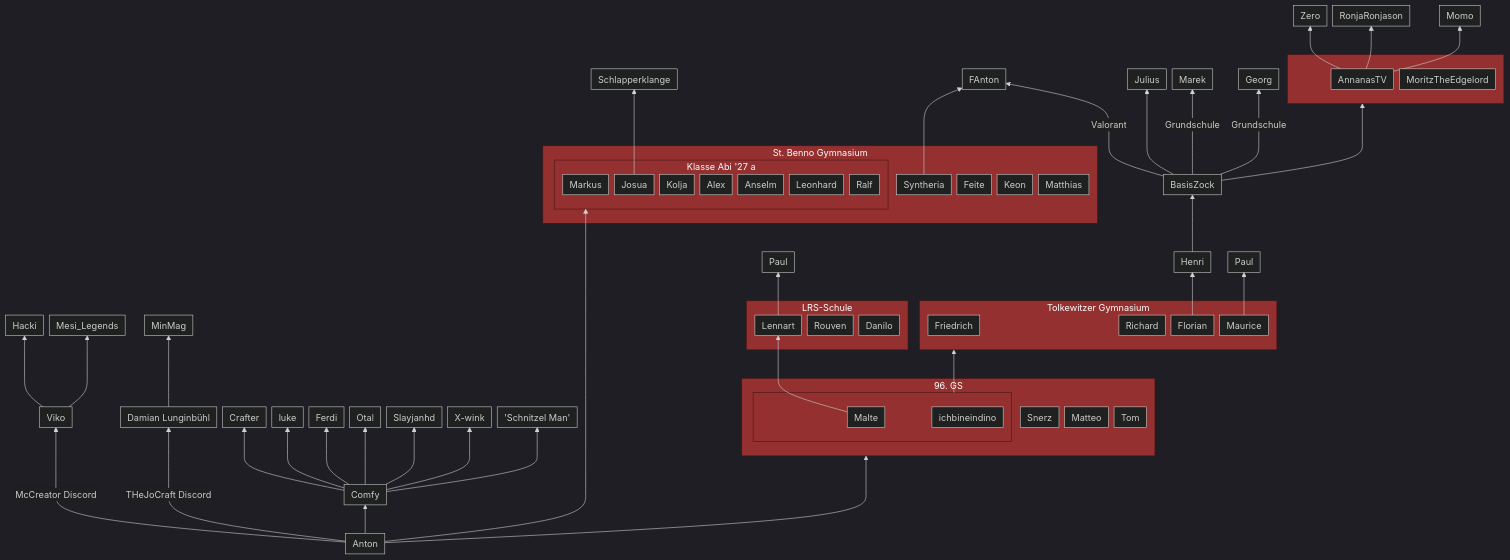
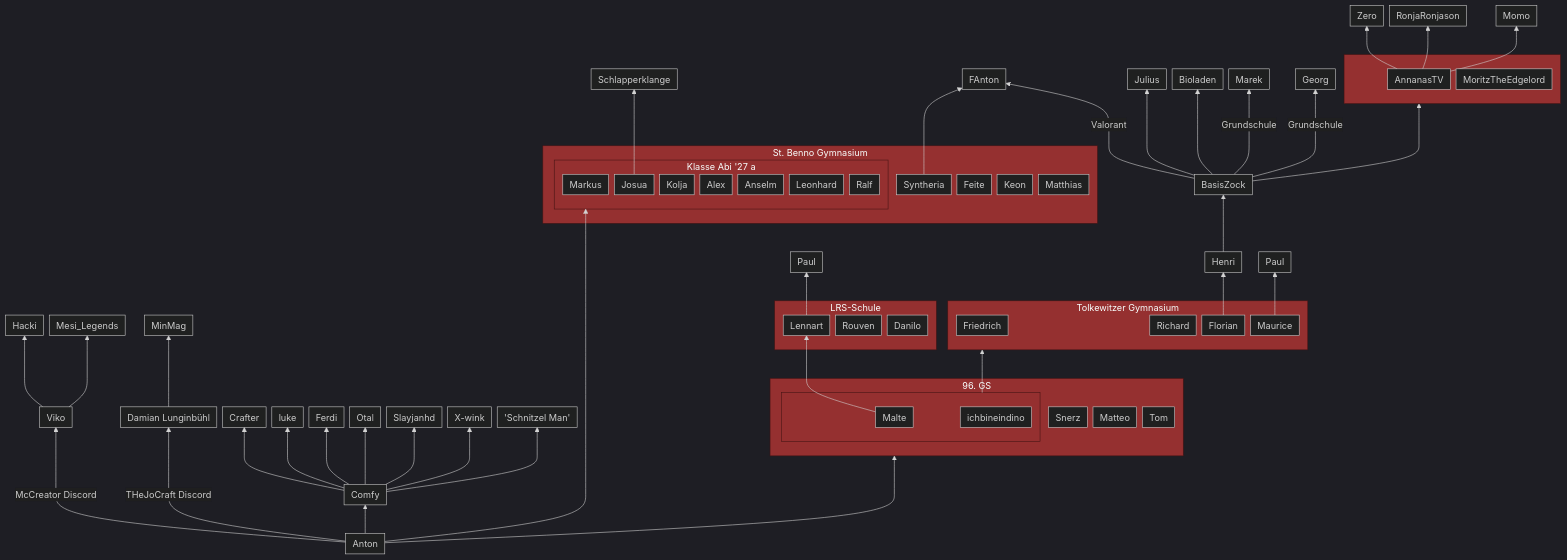
One commit to Blazes-Meta/assets changed the diagram in Stammbaum.md. Above: the diagram before and after it, drawn with Mermaid.

```diff
--- a/Stammbaum.md
+++ b/Stammbaum.md
@@ -89,6 +89,7 @@
 BasisZock --> BasisZockViewer
 BasisZock -- Valorant --> FAnton
 BasisZock --> TheVoid[Julius]
+BasisZock --> Bioladen
 BasisZock -- Grundschule --> SirHelius[Marek]
 BasisZock -- Grundschule --> Googelha[Georg]
 subgraph BasisZockViewer [ ]
```
